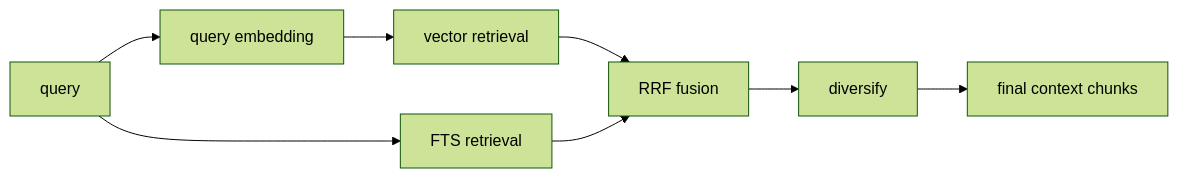
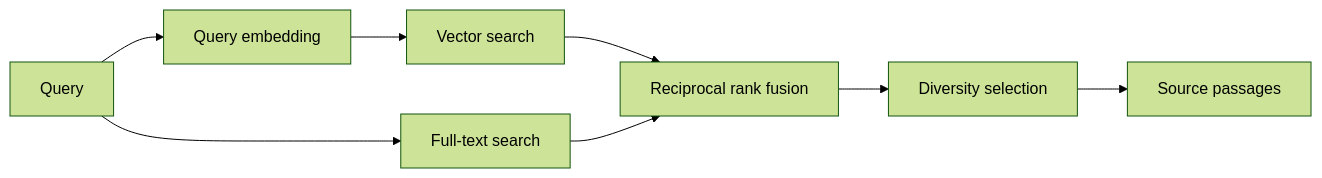
One commit to romankurakin/sova changed the second of 2 diagrams in README.md. Above: the diagram before and after it, drawn with Mermaid (forest theme). The commit also changed other lines of this file and 16 other files, not shown here.

````diff
--- a/README.md
+++ b/README.md
@@ -59,10 +75,10 @@
 ```mermaid
 flowchart LR
-    Q["query"] --> QE["query embedding"]
-    QE --> VC["vector retrieval"]
-    Q --> FC["FTS retrieval"]
-    VC --> RRF["RRF fusion"]
+    Q["Query"] --> QE["Query embedding"]
+    QE --> VC["Vector search"]
+    Q --> FC["Full-text search"]
+    VC --> RRF["Reciprocal rank fusion"]
     FC --> RRF
-    RRF --> DV["diversify"]
-    DV --> OUT["final context chunks"]
+    RRF --> DV["Diversity selection"]
+    DV --> OUT["Source passages"]
 ```
````
